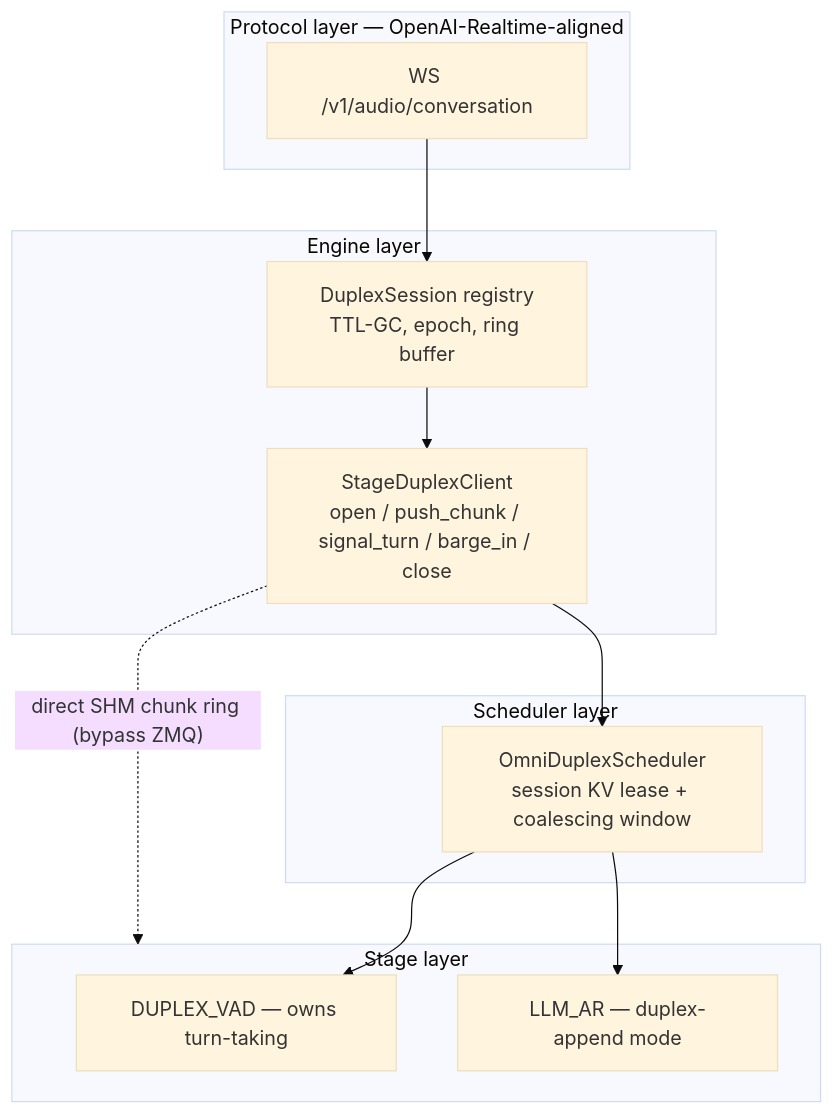
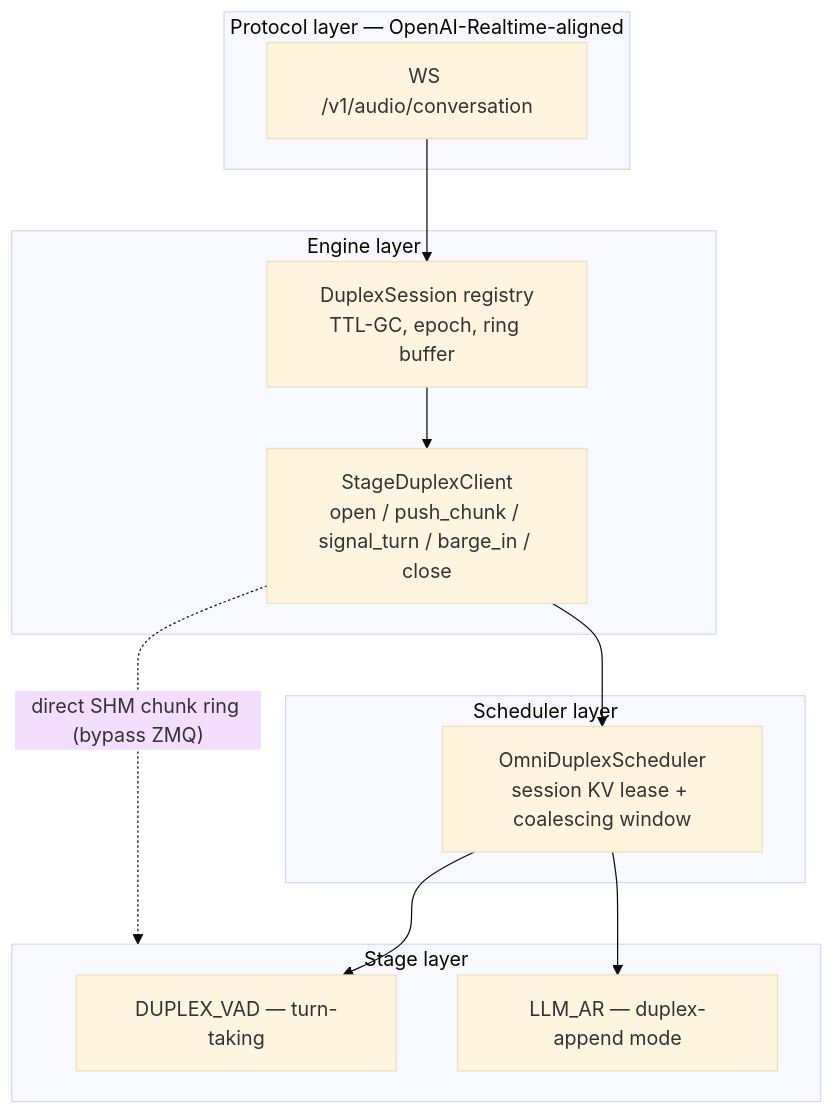
The fourth of 9 diagrams in content/blog/full-duplex-session.md (lishunyang12/lishunyang12.github.io), drawn with Mermaid (base theme) before and after one commit. The commit also changed other lines of this file, not shown here.

Commit message:
blog: descriptive restructure — map of the full-duplex design space (common ground / two tracks / open decisions); add JoyAI-VL vision track + figures

````diff
--- a/content/blog/full-duplex-session.md
+++ b/content/blog/full-duplex-session.md
@@ -110,20 +116,20 @@
 ```mermaid
 flowchart TB
     subgraph API["Protocol layer — OpenAI-Realtime-aligned"]
         WS["WS /v1/audio/conversation"]
     end
     subgraph ENG["Engine layer"]
         DS["DuplexSession registry<br/>TTL-GC, epoch, ring buffer"]
         SDC["StageDuplexClient<br/>open / push_chunk / signal_turn / barge_in / close"]
     end
     subgraph SCHED["Scheduler layer"]
         DSCH["OmniDuplexScheduler<br/>session KV lease + coalescing window"]
     end
     subgraph STAGE["Stage layer"]
-        DV["DUPLEX_VAD — owns turn-taking"]
+        DV["DUPLEX_VAD — turn-taking"]
         AR["LLM_AR — duplex-append mode"]
     end
     WS --> DS --> SDC --> DSCH --> DV
     DSCH --> AR
     SDC -. "direct SHM chunk ring (bypass ZMQ)" .-> STAGE
 ```
````
